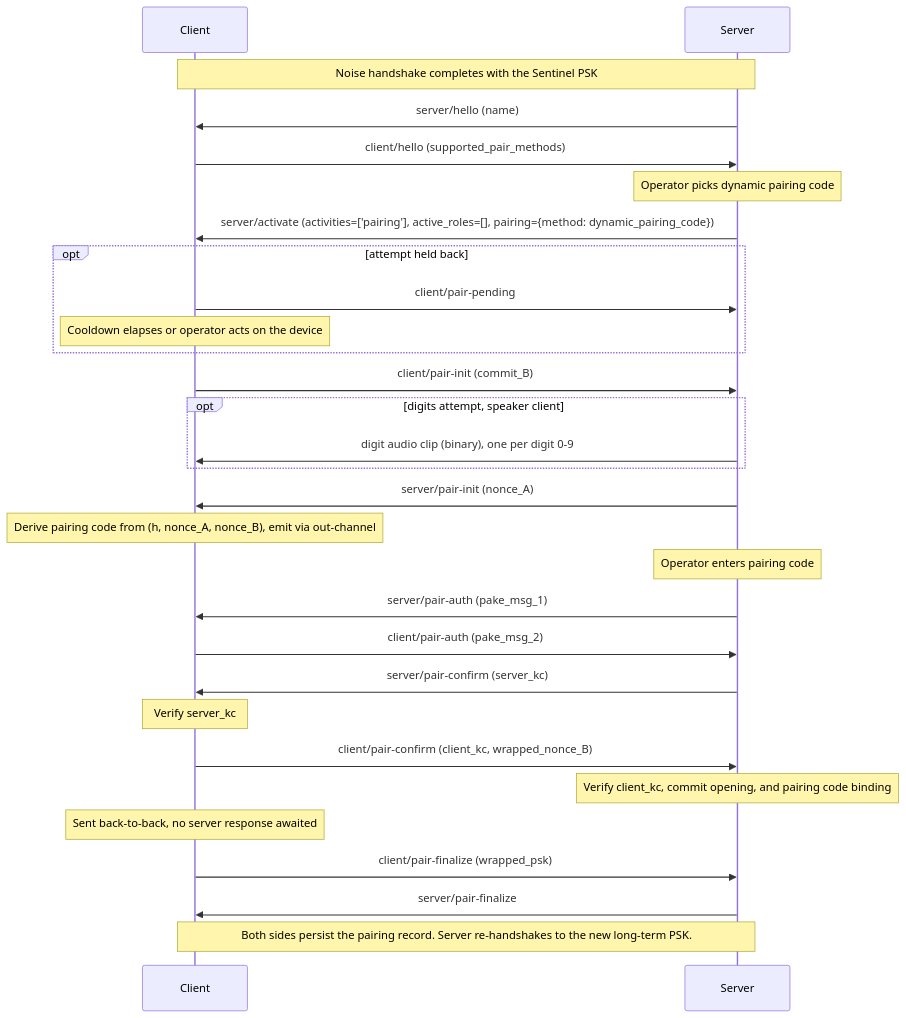
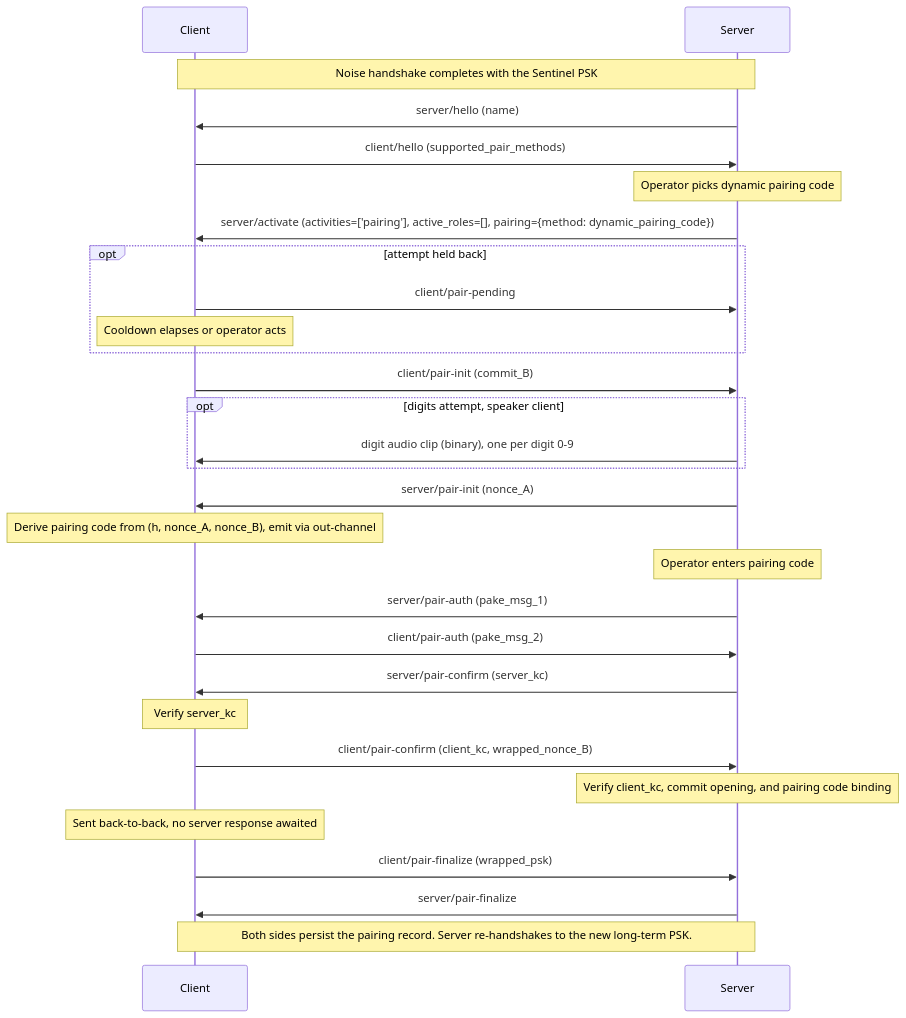
One commit to Resonate-Protocol/spec changed the third of 4 diagrams in README.md. Above: the diagram before and after it, drawn with Mermaid. The commit also changed other lines of this file and 1 other file, not shown here.

Commit message:
Recommend cooldown first, operator action after ten failures

````diff
--- a/README.md
+++ b/README.md
@@ -820,33 +820,33 @@
 ```mermaid
 sequenceDiagram
     participant Client
     participant Server
 
     Note over Client,Server: Noise handshake completes with the Sentinel PSK
 
     Server->>Client: server/hello (name)
     Client->>Server: client/hello (supported_pair_methods)
     Note over Server: Operator picks dynamic pairing code
     Server->>Client: server/activate (activities=['pairing'], active_roles=[], pairing={method: dynamic_pairing_code})
     opt attempt held back
         Client->>Server: client/pair-pending
-        Note over Client: Cooldown elapses or operator acts on the device
+        Note over Client: Cooldown elapses or operator acts
     end
     Client->>Server: client/pair-init (commit_B)
     opt digits attempt, speaker client
         Server->>Client: digit audio clip (binary), one per digit 0-9
     end
     Server->>Client: server/pair-init (nonce_A)
     Note over Client: Derive pairing code from (h, nonce_A, nonce_B), emit via out-channel
     Note over Server: Operator enters pairing code
     Server->>Client: server/pair-auth (pake_msg_1)
     Client->>Server: client/pair-auth (pake_msg_2)
     Server->>Client: server/pair-confirm (server_kc)
     Note over Client: Verify server_kc
     Client->>Server: client/pair-confirm (client_kc, wrapped_nonce_B)
     Note over Server: Verify client_kc, commit opening, and pairing code binding
     Note over Client: Sent back-to-back, no server response awaited
     Client->>Server: client/pair-finalize (wrapped_psk)
     Server->>Client: server/pair-finalize
     Note over Client,Server: Both sides persist the pairing record. Server re-handshakes to the new long-term PSK.
 ```
````
